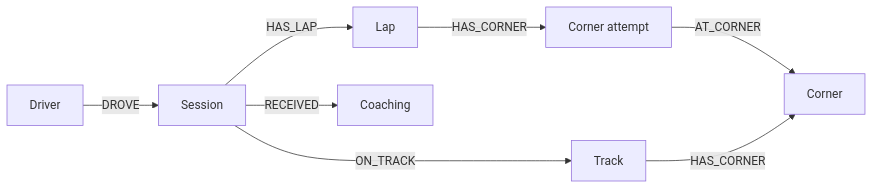
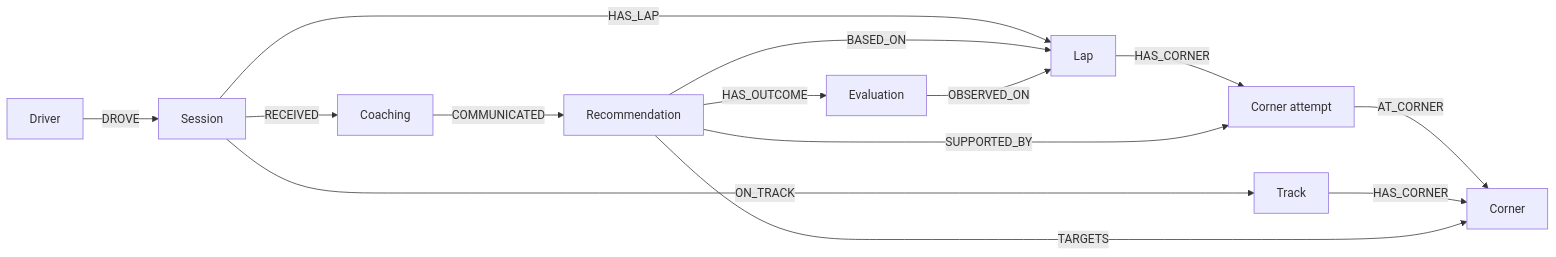
The diagram in docs/neo4j-memory.md (YuanYoshimi/roadster-sim), drawn with Mermaid before and after one commit. The commit also changed other lines of this file and 16 other files, not shown here.

````diff
--- a/docs/neo4j-memory.md
+++ b/docs/neo4j-memory.md
@@ -26,10 +26,16 @@
 ```mermaid
 flowchart LR
   D[Driver] -->|DROVE| S[Session]
   S -->|ON_TRACK| T[Track]
   S -->|HAS_LAP| L[Lap]
   L -->|HAS_CORNER| A[Corner attempt]
   A -->|AT_CORNER| C[Corner]
   T -->|HAS_CORNER| C
   S -->|RECEIVED| E[Coaching]
+  E -->|COMMUNICATED| R[Recommendation]
+  R -->|SUPPORTED_BY| A
+  R -->|BASED_ON| L
+  R -->|TARGETS| C
+  R -->|HAS_OUTCOME| O[Evaluation]
+  O -->|OBSERVED_ON| L
 ```
````
